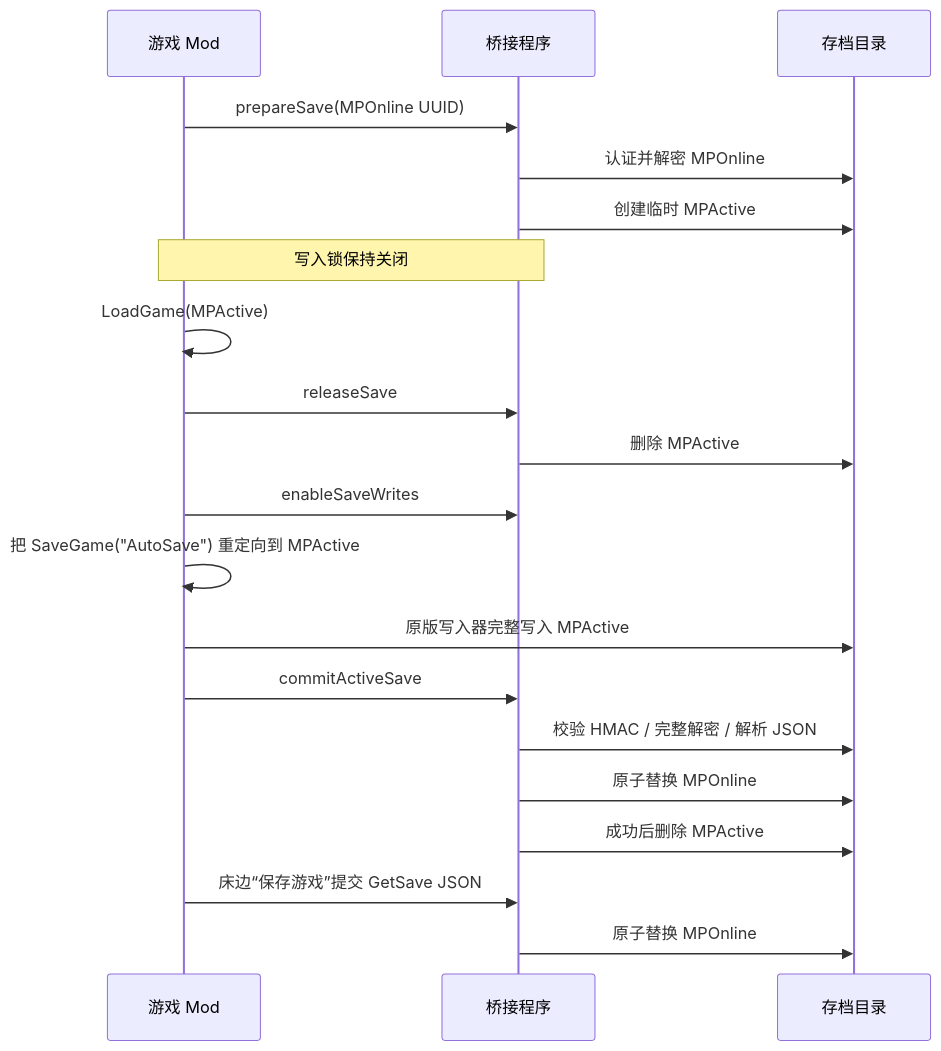
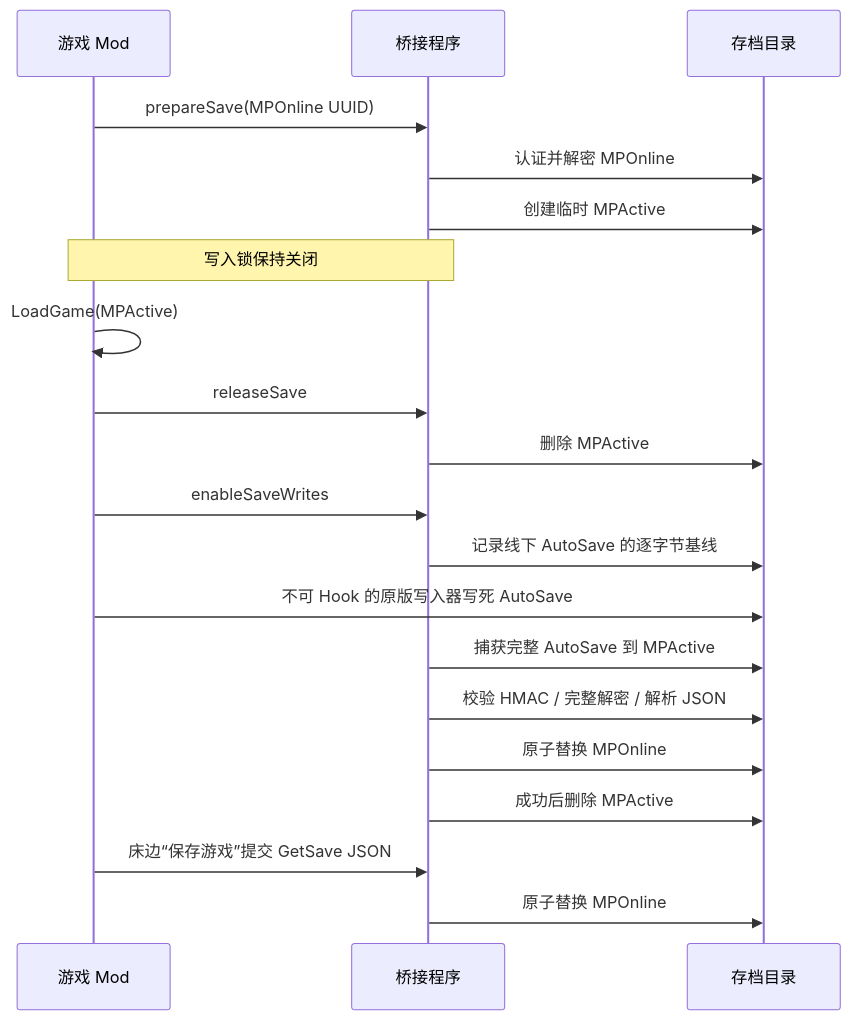
One commit to Sakura-QoQ/Multiplayer-Mod changed the second of 2 diagrams in docs/ARCHITECTURE.zh-CN.md. Above: the diagram before and after it, drawn with Mermaid. The commit also changed other lines of this file and 10 other files, not shown here.

````diff
--- a/docs/ARCHITECTURE.zh-CN.md
+++ b/docs/ARCHITECTURE.zh-CN.md
@@ -59,22 +59,22 @@
 ```mermaid
 sequenceDiagram
     participant G as 游戏 Mod
     participant B as 桥接程序
     participant D as 存档目录
     G->>B: prepareSave(MPOnline UUID)
     B->>D: 认证并解密 MPOnline
     B->>D: 创建临时 MPActive
     Note over G,B: 写入锁保持关闭
     G->>G: LoadGame(MPActive)
     G->>B: releaseSave
     B->>D: 删除 MPActive
     G->>B: enableSaveWrites
-    G->>G: 把 SaveGame("AutoSave") 重定向到 MPActive
-    G->>D: 原版写入器完整写入 MPActive
-    G->>B: commitActiveSave
+    B->>D: 记录线下 AutoSave 的逐字节基线
+    G->>D: 不可 Hook 的原版写入器写死 AutoSave
+    B->>D: 捕获完整 AutoSave 到 MPActive
     B->>D: 校验 HMAC / 完整解密 / 解析 JSON
     B->>D: 原子替换 MPOnline
     B->>D: 成功后删除 MPActive
     G->>B: 床边“保存游戏”提交 GetSave JSON
     B->>D: 原子替换 MPOnline
 ```
````
